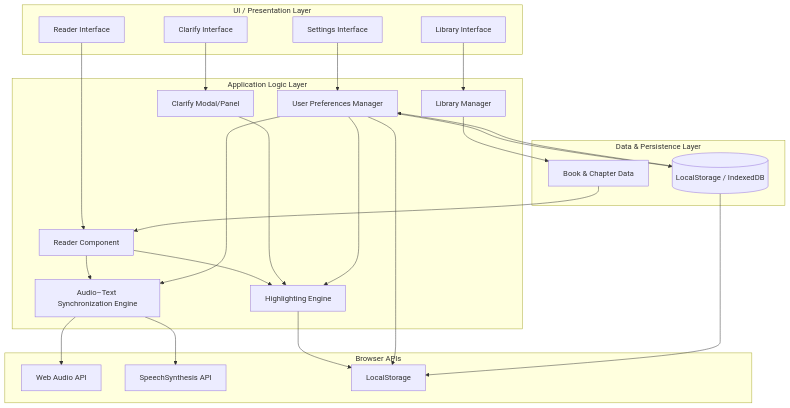
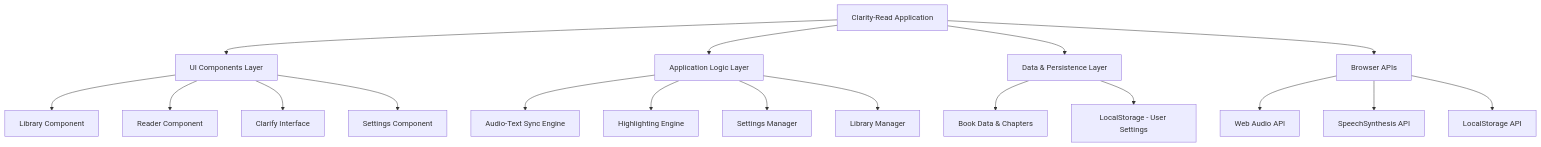
Before and after one commit to ANTO-REMY/clarity-read: the diagram in README.md, drawn with Mermaid. The commit also changed other lines of this file, not shown here.

Commit message:
Update architecture diagram in README for improved clarity on system components and interactions

````diff
--- a/README.md
+++ b/README.md
@@ -3,59 +31,25 @@
 ```mermaid
-flowchart TD
-	subgraph UI[UI / Presentation Layer]
-		Library[Library Interface]
-		Reader[Reader Interface]
-		Clarify[Clarify Interface]
-		Settings[Settings Interface]
-	end
-
-	subgraph Logic[Application Logic Layer]
-		LibraryManager[Library Manager]
-		ReaderManager[Reader Component]
-		ClarifyManager[Clarify Modal/Panel]
-		SettingsManager[User Preferences Manager]
-		AudioSync[Audio–Text Synchronization Engine]
-		HighlightEngine[Highlighting Engine]
-	end
-
-	subgraph Data[Data & Persistence Layer]
-		LocalData[(LocalStorage / IndexedDB)]
-		BookData[Book & Chapter Data]
-	end
-
-	subgraph Browser[Browser APIs]
-		WebAudio[Web Audio API]
-		SpeechSynthesis[SpeechSynthesis API]
-		StorageAPI[LocalStorage]
-	end
-
-	%% UI to Logic
-	Library --> LibraryManager
-	Reader --> ReaderManager
-	Clarify --> ClarifyManager
-	Settings --> SettingsManager
-
-	%% Logic to Logic
-	ReaderManager --> AudioSync
-	ReaderManager --> HighlightEngine
-	ClarifyManager --> HighlightEngine
-	SettingsManager --> HighlightEngine
-	SettingsManager --> AudioSync
-
-	%% Logic to Data
-	LibraryManager --> BookData
-	SettingsManager --> LocalData
-
-	%% Logic to Browser APIs
-	AudioSync --> WebAudio
-	AudioSync --> SpeechSynthesis
-	HighlightEngine --> StorageAPI
-	SettingsManager --> StorageAPI
-
-	%% Data to Browser APIs
-	LocalData --> StorageAPI
-
-	%% Data flow arrows
-	BookData --> ReaderManager
-	LocalData --> SettingsManager
+graph TD
+    A[Clarity-Read Application]
+    
+    A --> B[UI Components Layer]
+    B --> B1[Library Component]
+    B --> B2[Reader Component]
+    B --> B3[Clarify Interface]
+    B --> B4[Settings Component]
+    
+    A --> C[Application Logic Layer]
+    C --> C1[Audio-Text Sync Engine]
+    C --> C2[Highlighting Engine]
+    C --> C3[Settings Manager]
+    C --> C4[Library Manager]
+    
+    A --> D[Data & Persistence Layer]
+    D --> D1[Book Data & Chapters]
+    D --> D2[LocalStorage - User Settings]
+    
+    A --> E[Browser APIs]
+    E --> E1[Web Audio API]
+    E --> E2[SpeechSynthesis API]
+    E --> E3[LocalStorage API]
 ```
````
